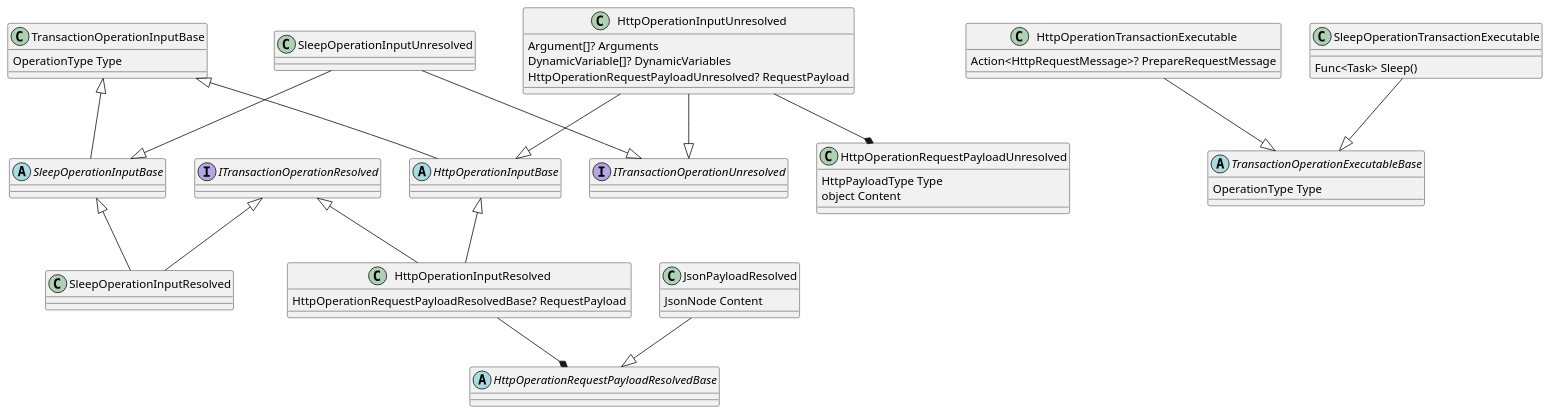
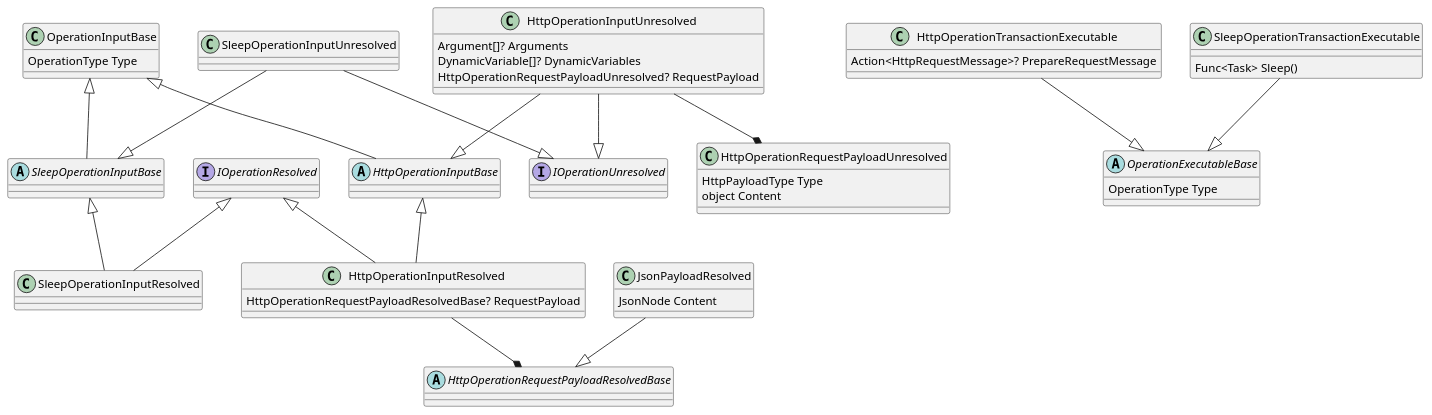
The diagram in src/WorkloadGenerator/WorkloadGenerator.Data/class_diagram.puml (otter-diku/simulation-framework-for-microservices), drawn with PlantUML before and after one commit. The commit also changed 32 other files, not shown here.

Commit message:
rename TransactionOperation -> Operation (#39)

```diff
--- a/src/WorkloadGenerator/WorkloadGenerator.Data/class_diagram.puml
+++ b/src/WorkloadGenerator/WorkloadGenerator.Data/class_diagram.puml
@@ -1,76 +1,76 @@
 @startuml
-class TransactionOperationInputBase {
+class OperationInputBase {
   OperationType Type
 }
 
-abstract class TransactionOperationExecutableBase {
+abstract class OperationExecutableBase {
   OperationType Type
 }
 
-interface ITransactionOperationUnresolved
-interface ITransactionOperationResolved
+interface IOperationUnresolved
+interface IOperationResolved
 
 'http ops'
 
 abstract class HttpOperationInputBase
-TransactionOperationInputBase <|-- HttpOperationInputBase
+OperationInputBase <|-- HttpOperationInputBase
 
 class HttpOperationInputResolved 
 {
   HttpOperationRequestPayloadResolvedBase? RequestPayload 
 }
 
 abstract class HttpOperationRequestPayloadResolvedBase
 
 HttpOperationInputResolved --* HttpOperationRequestPayloadResolvedBase
 HttpOperationInputBase <|-- HttpOperationInputResolved
-ITransactionOperationResolved <|-- HttpOperationInputResolved
+IOperationResolved <|-- HttpOperationInputResolved
 
 class JsonPayloadResolved
 {
   JsonNode Content
 }
 
 class HttpOperationInputUnresolved
 {
     Argument[]? Arguments
     DynamicVariable[]? DynamicVariables 
     HttpOperationRequestPayloadUnresolved? RequestPayload 
 }
 
 HttpOperationInputUnresolved --* HttpOperationRequestPayloadUnresolved
 
 class HttpOperationRequestPayloadUnresolved 
 {
     HttpPayloadType Type
     object Content
 }
 
 HttpOperationInputUnresolved --|> HttpOperationInputBase
-HttpOperationInputUnresolved --|> ITransactionOperationUnresolved
+HttpOperationInputUnresolved --|> IOperationUnresolved
 JsonPayloadResolved --|> HttpOperationRequestPayloadResolvedBase
 
 'sleep ops'
 abstract class SleepOperationInputBase
  
-TransactionOperationInputBase <|-- SleepOperationInputBase 
+OperationInputBase <|-- SleepOperationInputBase 
 SleepOperationInputBase <|-- SleepOperationInputResolved
-ITransactionOperationResolved <|-- SleepOperationInputResolved
+IOperationResolved <|-- SleepOperationInputResolved
 
 class SleepOperationInputUnresolved
 SleepOperationInputUnresolved --|> SleepOperationInputBase
-SleepOperationInputUnresolved --|> ITransactionOperationUnresolved
+SleepOperationInputUnresolved --|> IOperationUnresolved
 
 class HttpOperationTransactionExecutable
 {
     Action<HttpRequestMessage>? PrepareRequestMessage
 }
 
 class SleepOperationTransactionExecutable 
 {
     Func<Task> Sleep()
 }
-SleepOperationTransactionExecutable --|> TransactionOperationExecutableBase
+SleepOperationTransactionExecutable --|> OperationExecutableBase
 
-HttpOperationTransactionExecutable --|> TransactionOperationExecutableBase
+HttpOperationTransactionExecutable --|> OperationExecutableBase
 @enduml
```
